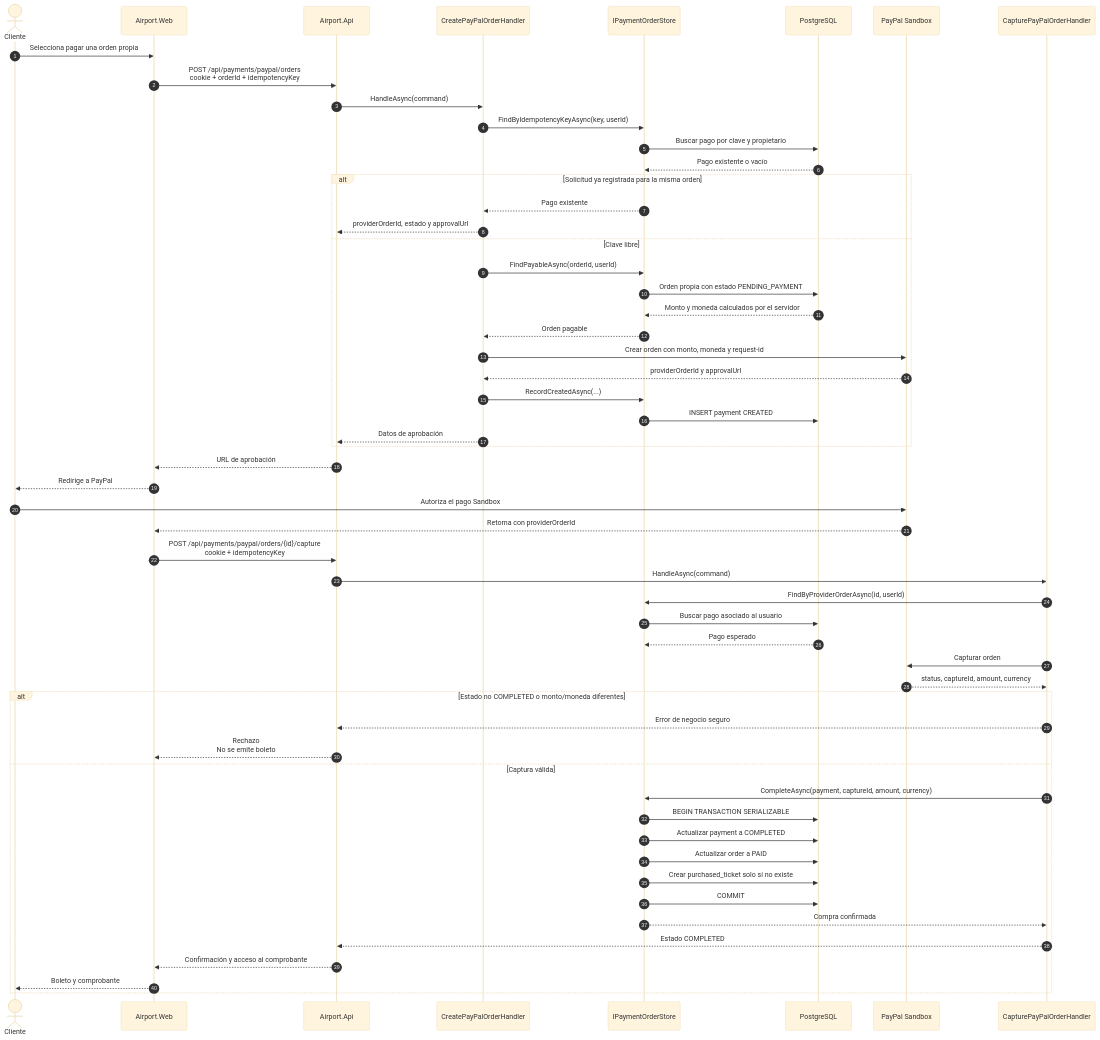
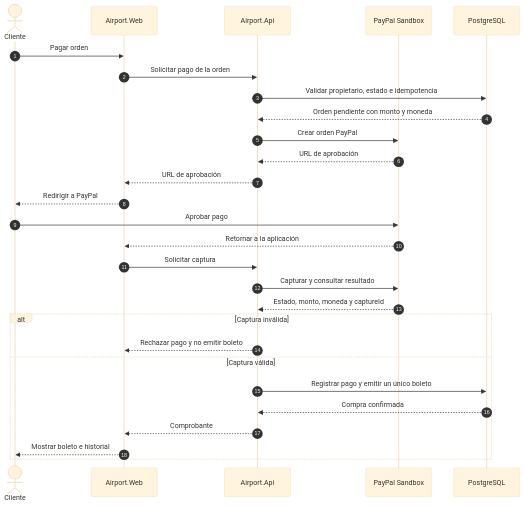
The fifth of 9 diagrams in docs/arquitecture/DIAGRAMS.md (jeffersonmejia/airport-app), drawn with Mermaid (base theme) before and after one commit.

Commit message:
docs: simplifica secuencia del pago

````diff
--- a/docs/arquitecture/DIAGRAMS.md
+++ b/docs/arquitecture/DIAGRAMS.md
@@ -253,62 +253,32 @@
 ```mermaid
 sequenceDiagram
     autonumber
     actor C as Cliente
     participant W as Airport.Web
     participant API as Airport.Api
-    participant CH as CreatePayPalOrderHandler
-    participant S as IPaymentOrderStore
+    participant P as PayPal Sandbox
     participant DB as PostgreSQL
-    participant G as PayPal Sandbox
-    participant PH as CapturePayPalOrderHandler
 
-    C->>W: Selecciona pagar una orden propia
-    W->>API: POST /api/payments/paypal/orders<br/>cookie + orderId + idempotencyKey
-    API->>CH: HandleAsync(command)
-    CH->>S: FindByIdempotencyKeyAsync(key, userId)
-    S->>DB: Buscar pago por clave y propietario
-    DB-->>S: Pago existente o vacío
+    C->>W: Pagar orden
+    W->>API: Solicitar pago de la orden
+    API->>DB: Validar propietario, estado e idempotencia
+    DB-->>API: Orden pendiente con monto y moneda
+    API->>P: Crear orden PayPal
+    P-->>API: URL de aprobación
+    API-->>W: URL de aprobación
+    W-->>C: Redirigir a PayPal
+    C->>P: Aprobar pago
+    P-->>W: Retornar a la aplicación
+    W->>API: Solicitar captura
+    API->>P: Capturar y consultar resultado
+    P-->>API: Estado, monto, moneda y captureId
 
-    alt Solicitud ya registrada para la misma orden
-        S-->>CH: Pago existente
-        CH-->>API: providerOrderId, estado y approvalUrl
-    else Clave libre
-        CH->>S: FindPayableAsync(orderId, userId)
-        S->>DB: Orden propia con estado PENDING_PAYMENT
-        DB-->>S: Monto y moneda calculados por el servidor
-        S-->>CH: Orden pagable
-        CH->>G: Crear orden con monto, moneda y request-id
-        G-->>CH: providerOrderId y approvalUrl
-        CH->>S: RecordCreatedAsync(...)
-        S->>DB: INSERT payment CREATED
-        CH-->>API: Datos de aprobación
-    end
-
-    API-->>W: URL de aprobación
-    W-->>C: Redirige a PayPal
-    C->>G: Autoriza el pago Sandbox
-    G-->>W: Retorna con providerOrderId
-    W->>API: POST /api/payments/paypal/orders/{id}/capture<br/>cookie + idempotencyKey
-    API->>PH: HandleAsync(command)
-    PH->>S: FindByProviderOrderAsync(id, userId)
-    S->>DB: Buscar pago asociado al usuario
-    DB-->>S: Pago esperado
-    PH->>G: Capturar orden
-    G-->>PH: status, captureId, amount, currency
-
-    alt Estado no COMPLETED o monto/moneda diferentes
-        PH-->>API: Error de negocio seguro
-        API-->>W: Rechazo<br/>No se emite boleto
+    alt Captura inválida
+        API-->>W: Rechazar pago y no emitir boleto
     else Captura válida
-        PH->>S: CompleteAsync(payment, captureId, amount, currency)
-        S->>DB: BEGIN TRANSACTION SERIALIZABLE
-        S->>DB: Actualizar payment a COMPLETED
-        S->>DB: Actualizar order a PAID
-        S->>DB: Crear purchased_ticket solo si no existe
-        S->>DB: COMMIT
-        S-->>PH: Compra confirmada
-        PH-->>API: Estado COMPLETED
-        API-->>W: Confirmación y acceso al comprobante
-        W-->>C: Boleto y comprobante
+        API->>DB: Registrar pago y emitir un único boleto
+        DB-->>API: Compra confirmada
+        API-->>W: Comprobante
+        W-->>C: Mostrar boleto e historial
     end
 ```
````
